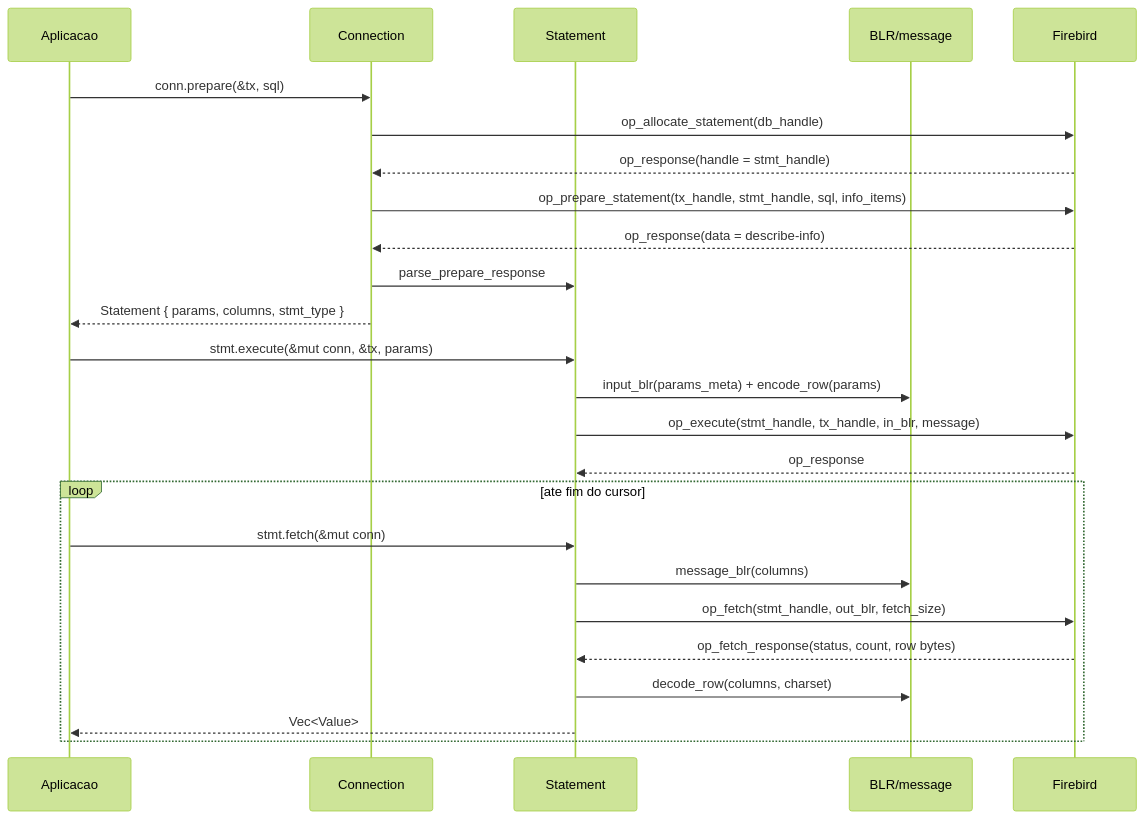
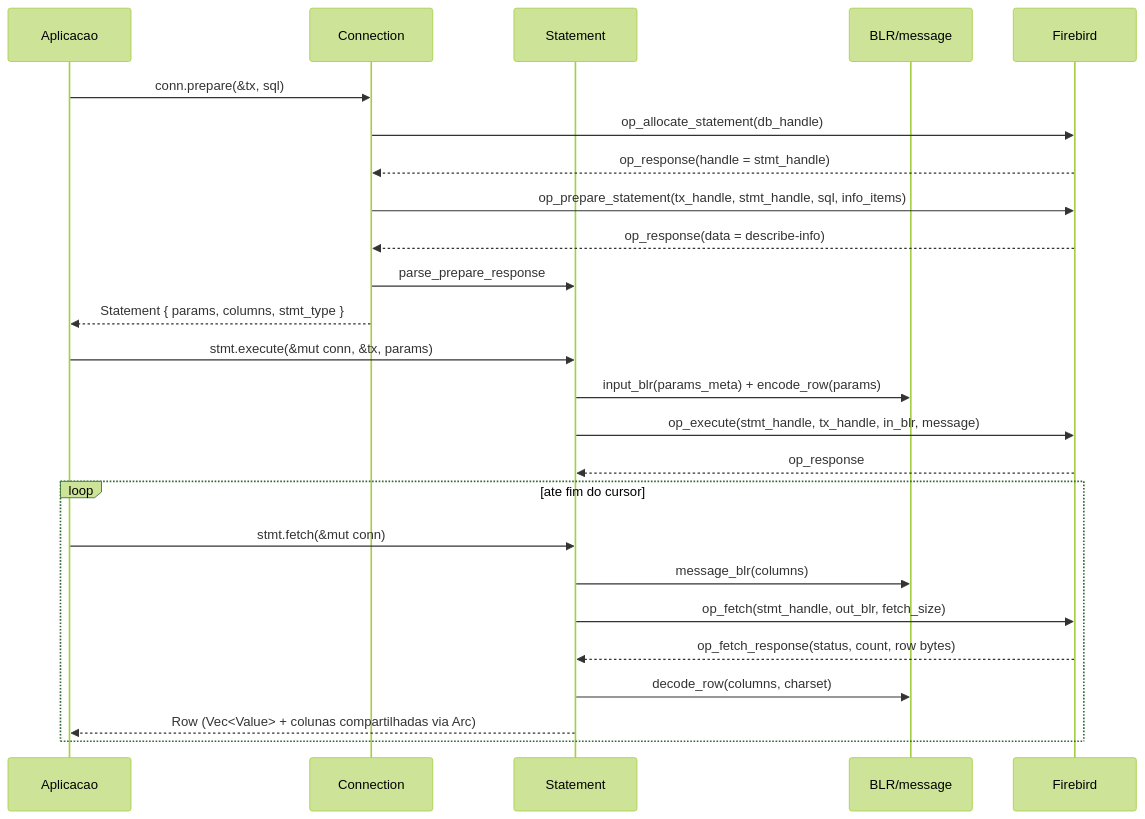
Before and after one commit to PauloCotrim/firebird-wire: the fourth of 7 diagrams in DIAGRAMA-INTERNO.md, drawn with Mermaid (forest theme). The commit also changed 12 other files, not shown here.

````diff
--- a/DIAGRAMA-INTERNO.md
+++ b/DIAGRAMA-INTERNO.md
@@ -100,30 +100,30 @@
 ```mermaid
 sequenceDiagram
     participant App as Aplicacao
     participant Conn as Connection
     participant Stmt as Statement
     participant Msg as BLR/message
     participant FB as Firebird
 
     App->>Conn: conn.prepare(&tx, sql)
     Conn->>FB: op_allocate_statement(db_handle)
     FB-->>Conn: op_response(handle = stmt_handle)
     Conn->>FB: op_prepare_statement(tx_handle, stmt_handle, sql, info_items)
     FB-->>Conn: op_response(data = describe-info)
     Conn->>Stmt: parse_prepare_response
     Conn-->>App: Statement { params, columns, stmt_type }
 
     App->>Stmt: stmt.execute(&mut conn, &tx, params)
     Stmt->>Msg: input_blr(params_meta) + encode_row(params)
     Stmt->>FB: op_execute(stmt_handle, tx_handle, in_blr, message)
     FB-->>Stmt: op_response
 
     loop ate fim do cursor
         App->>Stmt: stmt.fetch(&mut conn)
         Stmt->>Msg: message_blr(columns)
         Stmt->>FB: op_fetch(stmt_handle, out_blr, fetch_size)
         FB-->>Stmt: op_fetch_response(status, count, row bytes)
         Stmt->>Msg: decode_row(columns, charset)
-        Stmt-->>App: Vec<Value>
+        Stmt-->>App: Row (Vec<Value> + colunas compartilhadas via Arc)
     end
 ```
````
